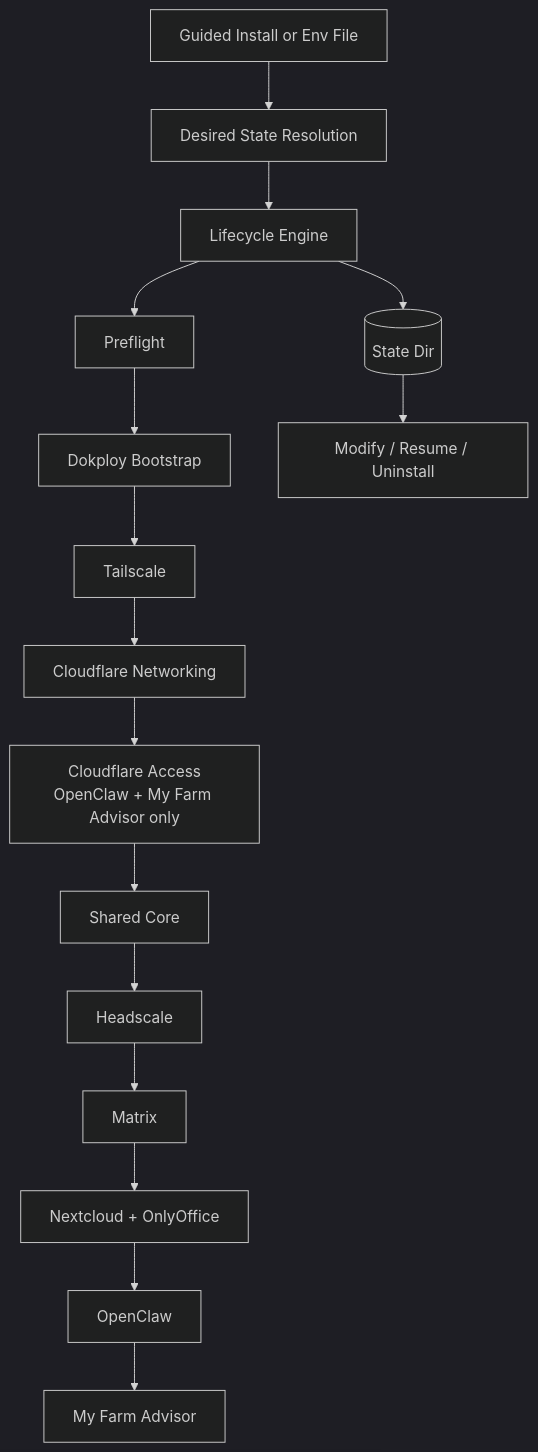
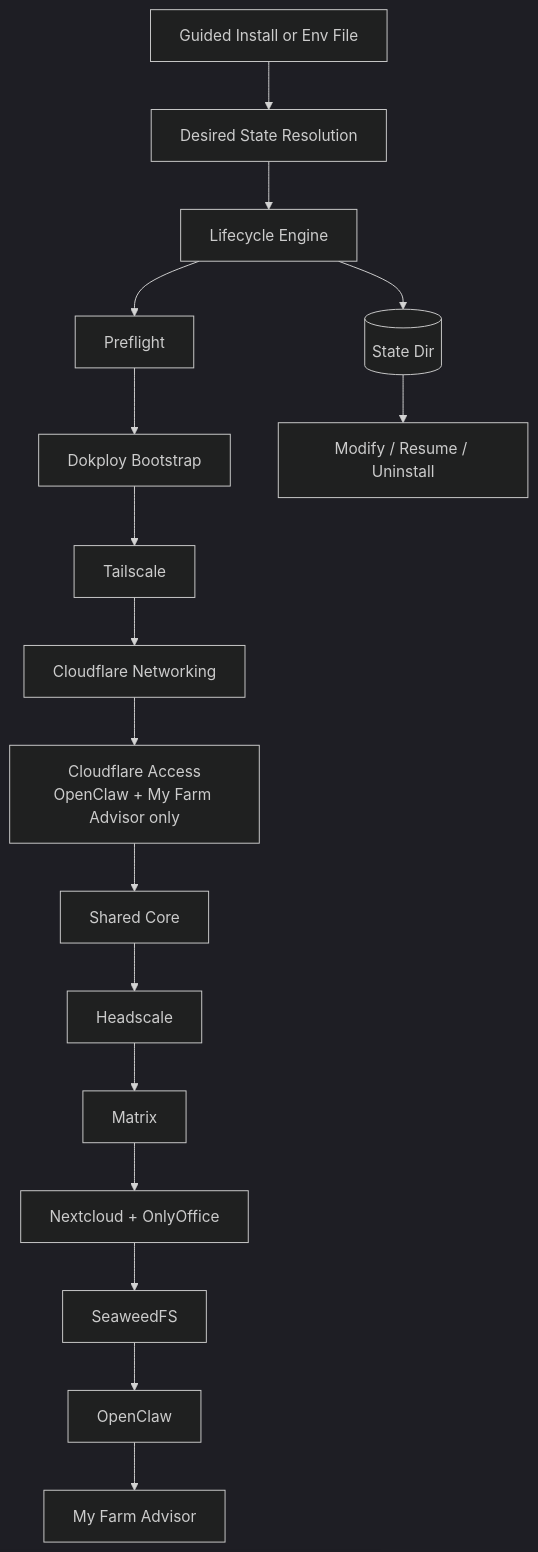
Before and after one commit to borealBytes/dokploy-wizard: the first of 3 diagrams in README.md, drawn with Mermaid (dark theme). The commit also changed other lines of this file, not shown here.

````diff
--- a/README.md
+++ b/README.md
@@ -40,20 +41,21 @@
 ```mermaid
 flowchart TD
     A[Guided Install or Env File] --> B[Desired State Resolution]
     B --> C[Lifecycle Engine]
 
     C --> P1[Preflight]
     P1 --> P2[Dokploy Bootstrap]
     P2 --> P3[Tailscale]
     P3 --> P4[Cloudflare Networking]
     P4 --> P5[Cloudflare Access<br/>OpenClaw + My Farm Advisor only]
     P5 --> P6[Shared Core]
     P6 --> P7[Headscale]
     P7 --> P8[Matrix]
     P8 --> P9[Nextcloud + OnlyOffice]
-    P9 --> P10[OpenClaw]
-    P10 --> P11[My Farm Advisor]
+    P9 --> P10[SeaweedFS]
+    P10 --> P11[OpenClaw]
+    P11 --> P12[My Farm Advisor]
 
     C --> S[(State Dir)]
     S --> R[Modify / Resume / Uninstall]
 ```
````
